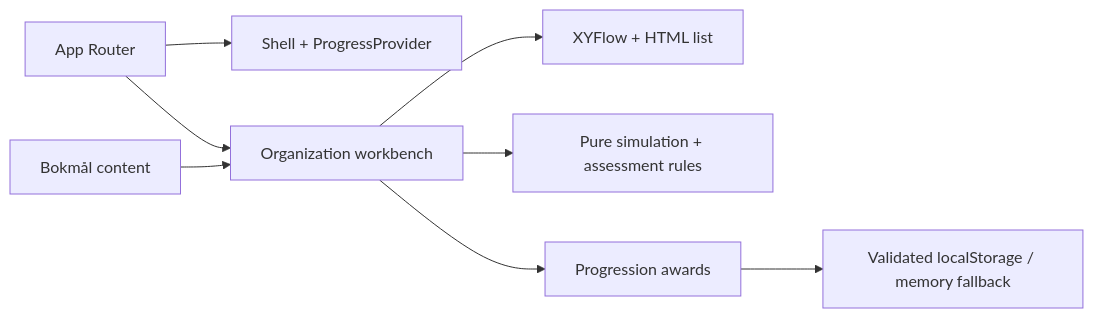
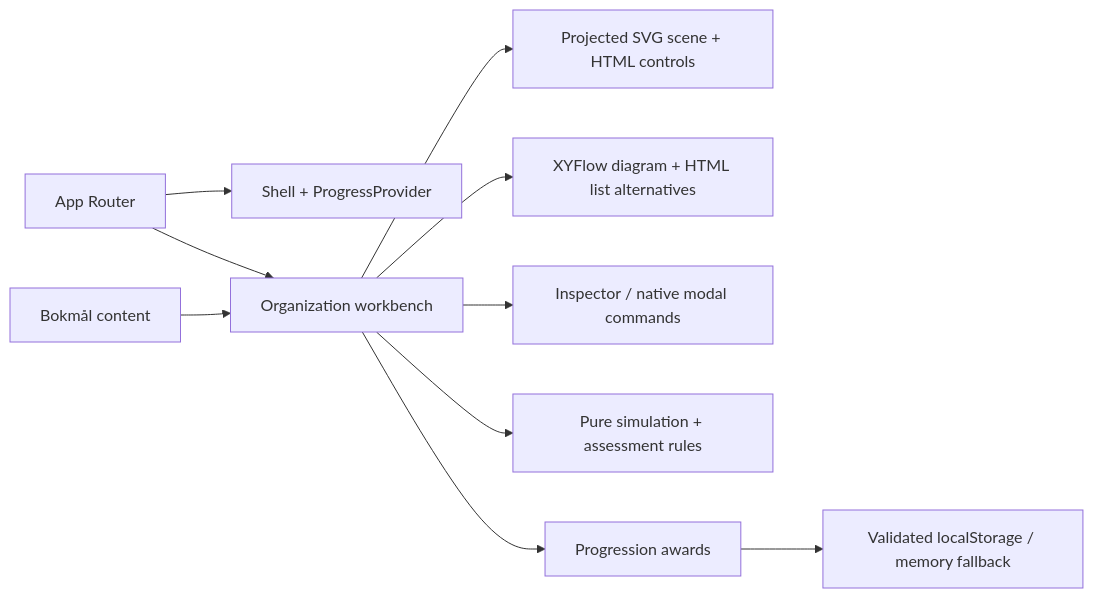
Before and after one commit to EspzY/Azure-learner: the diagram in docs/ARCHITECTURE.md, drawn with Mermaid. The commit also changed other lines of this file and 45 other files, not shown here.

````diff
--- a/docs/ARCHITECTURE.md
+++ b/docs/ARCHITECTURE.md
@@ -7,10 +7,12 @@
 ```mermaid
 flowchart LR
   Pages[App Router] --> Shell[Shell + ProgressProvider]
   Pages --> Workbench[Organization workbench]
-  Workbench --> Graph[XYFlow + HTML list]
+  Workbench --> Scene[Projected SVG scene + HTML controls]
+  Workbench --> Graph[XYFlow diagram + HTML list alternatives]
+  Workbench --> Commands[Inspector / native modal commands]
   Workbench --> Rules[Pure simulation + assessment rules]
   Workbench --> Awards[Progression awards]
   Awards --> Storage[Validated localStorage / memory fallback]
   Copy[Bokmål content] --> Workbench
 ```
````
